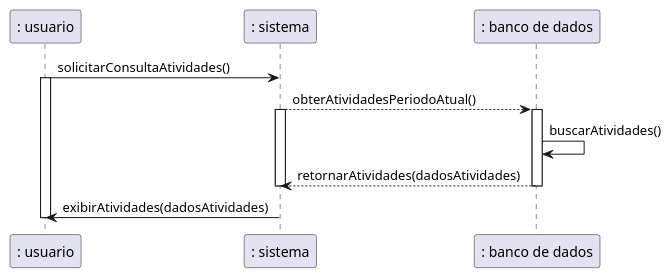
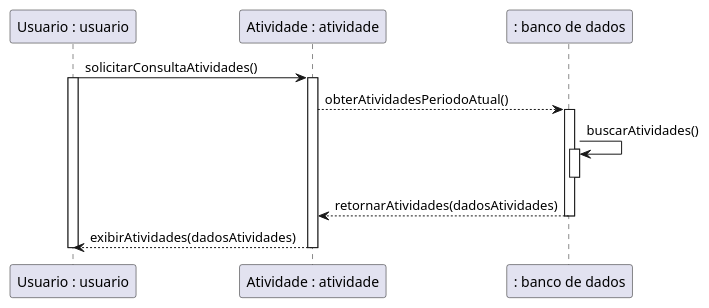
One commit to yurilsn/DiagramasUml changed the diagram in Diagrama de Sequencia/sequencia_proj_final_c5.wsd. Above: the diagram before and after it, drawn with PlantUML. The commit also changed 4 other files, not shown here.

Commit message:
corrigindo diagrama de sequencia

```diff
--- a/Diagrama de Sequencia/sequencia_proj_final_c5.wsd
+++ b/Diagrama de Sequencia/sequencia_proj_final_c5.wsd
@@ -1,20 +1,22 @@
 @startuml
 ' CONSULTAR ATIVIDADES NO PERÍODO ATUAL
 
-": usuario" as usuario -> ": sistema" as sistema : solicitarConsultaAtividades()
+"Usuario : usuario" as usuario -> "Atividade : atividade" as atividade : solicitarConsultaAtividades()
 activate usuario
+activate atividade
 
-sistema --> ": banco de dados" as bd : obterAtividadesPeriodoAtual()
-activate sistema
+atividade --> ": banco de dados" as bd : obterAtividadesPeriodoAtual()
 activate bd
 
 bd -> bd : buscarAtividades()
+activate bd
 
-bd --> sistema : retornarAtividades(dadosAtividades)
+deactivate bd
+bd --> atividade : retornarAtividades(dadosAtividades)
 deactivate bd
 
-deactivate sistema
 
-sistema -> usuario : exibirAtividades(dadosAtividades)
+atividade --> usuario : exibirAtividades(dadosAtividades)
+deactivate atividade
 deactivate usuario
 @enduml
```
